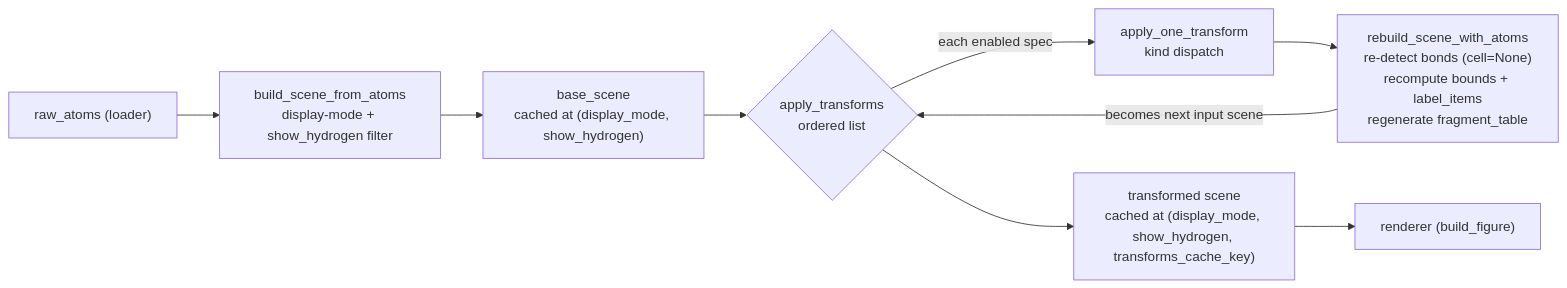
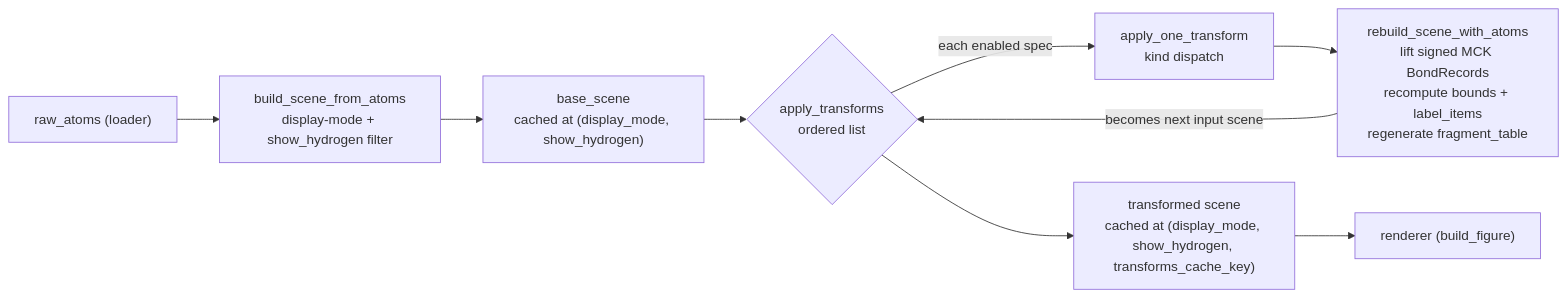
One commit to SchrodingersCattt/MatterVis changed the first of 2 diagrams in docs/derivations/transforms.md. Above: the diagram before and after it, drawn with Mermaid. The commit also changed other lines of this file and 24 other files, not shown here.

````diff
--- a/docs/derivations/transforms.md
+++ b/docs/derivations/transforms.md
@@ -15,11 +15,11 @@
 ```mermaid
 flowchart LR
     A["raw_atoms (loader)"] --> B["build_scene_from_atoms<br/>display-mode + show_hydrogen filter"]
     B --> C["base_scene<br/>cached at (display_mode, show_hydrogen)"]
     C --> D{"apply_transforms<br/>ordered list"}
     D -->|"each enabled spec"| E["apply_one_transform<br/>kind dispatch"]
-    E --> F["rebuild_scene_with_atoms<br/>re-detect bonds (cell=None)<br/>recompute bounds + label_items<br/>regenerate fragment_table"]
+    E --> F["rebuild_scene_with_atoms<br/>lift signed MCK BondRecords<br/>recompute bounds + label_items<br/>regenerate fragment_table"]
     F -->|"becomes next input scene"| D
     D --> G["transformed scene<br/>cached at (display_mode, show_hydrogen, transforms_cache_key)"]
     G --> H["renderer (build_figure)"]
 ```
````
